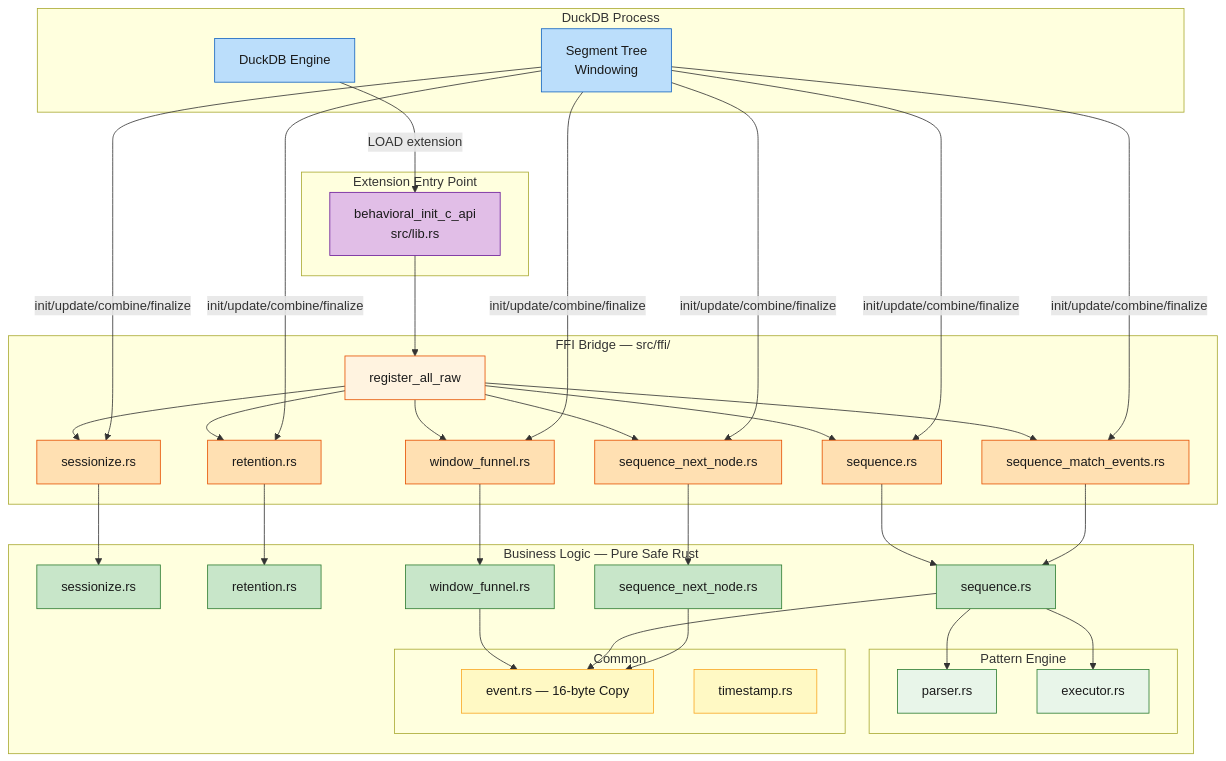
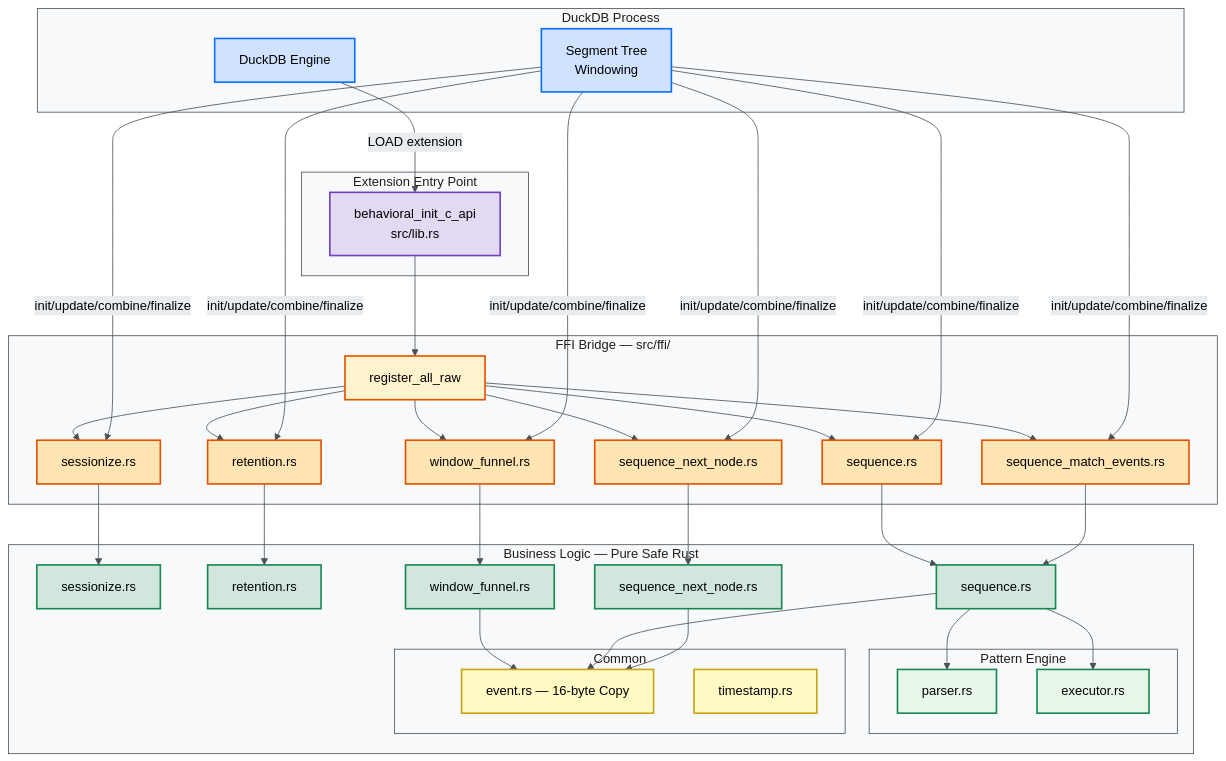
The first of 4 diagrams in docs/src/engineering.md (tomtom215/duckdb-behavioral), drawn with Mermaid before and after one commit. The commit also changed other lines of this file and 10 other files, not shown here.

````diff
--- a/docs/src/engineering.md
+++ b/docs/src/engineering.md
@@ -39,72 +39,73 @@
 ```mermaid
+%%{init: {'theme': 'base', 'themeVariables': {'primaryColor': '#f8f9fa', 'primaryTextColor': '#000000', 'primaryBorderColor': '#495057', 'lineColor': '#495057', 'secondaryColor': '#e9ecef', 'tertiaryColor': '#dee2e6', 'textColor': '#000000', 'mainBkg': '#f8f9fa', 'clusterBkg': '#f8f9fa', 'clusterBorder': '#495057'}}}%%
 graph TB
     subgraph "DuckDB Process"
         DDB[DuckDB Engine]
         SEG[Segment Tree<br/>Windowing]
     end
 
     subgraph "Extension Entry Point"
         EP[behavioral_init_c_api<br/>src/lib.rs]
     end
 
     subgraph "FFI Bridge — src/ffi/"
         REG[register_all_raw]
         FS[sessionize.rs]
         FR[retention.rs]
         FW[window_funnel.rs]
         FQ[sequence.rs]
         FE[sequence_match_events.rs]
         FN[sequence_next_node.rs]
     end
 
     subgraph "Business Logic — Pure Safe Rust"
         SS[sessionize.rs]
         SR[retention.rs]
         SW[window_funnel.rs]
         SQ[sequence.rs]
         SN[sequence_next_node.rs]
         subgraph "Pattern Engine"
             PP[parser.rs]
             PE[executor.rs]
         end
         subgraph "Common"
             EV[event.rs — 16-byte Copy]
             TS[timestamp.rs]
         end
     end
 
     DDB -->|LOAD extension| EP
     EP --> REG
     REG --> FS & FR & FW & FQ & FE & FN
     SEG -->|init/update/combine/finalize| FS & FR & FW & FQ & FE & FN
     FS --> SS
     FR --> SR
     FW --> SW
     FQ --> SQ
     FE --> SQ
     FN --> SN
     SQ --> PP & PE
     SW --> EV
     SQ --> EV
     SN --> EV
 
-    style EP fill:#e1bee7,stroke:#6a1b9a,color:#1a1a1a
-    style DDB fill:#bbdefb,stroke:#1565c0,color:#1a1a1a
-    style SEG fill:#bbdefb,stroke:#1565c0,color:#1a1a1a
-    style REG fill:#fff3e0,stroke:#e65100,color:#1a1a1a
-    style FS fill:#ffe0b2,stroke:#e65100,color:#1a1a1a
-    style FR fill:#ffe0b2,stroke:#e65100,color:#1a1a1a
-    style FW fill:#ffe0b2,stroke:#e65100,color:#1a1a1a
-    style FQ fill:#ffe0b2,stroke:#e65100,color:#1a1a1a
-    style FE fill:#ffe0b2,stroke:#e65100,color:#1a1a1a
-    style FN fill:#ffe0b2,stroke:#e65100,color:#1a1a1a
-    style SS fill:#c8e6c9,stroke:#2e7d32,color:#1a1a1a
-    style SR fill:#c8e6c9,stroke:#2e7d32,color:#1a1a1a
-    style SW fill:#c8e6c9,stroke:#2e7d32,color:#1a1a1a
-    style SQ fill:#c8e6c9,stroke:#2e7d32,color:#1a1a1a
-    style SN fill:#c8e6c9,stroke:#2e7d32,color:#1a1a1a
-    style PP fill:#e8f5e9,stroke:#2e7d32,color:#1a1a1a
-    style PE fill:#e8f5e9,stroke:#2e7d32,color:#1a1a1a
-    style EV fill:#fff9c4,stroke:#f9a825,color:#1a1a1a
-    style TS fill:#fff9c4,stroke:#f9a825,color:#1a1a1a
+    style EP fill:#e2d9f3,stroke:#6f42c1,stroke-width:2px,color:#000000
+    style DDB fill:#cfe2ff,stroke:#0d6efd,stroke-width:2px,color:#000000
+    style SEG fill:#cfe2ff,stroke:#0d6efd,stroke-width:2px,color:#000000
+    style REG fill:#fff3cd,stroke:#e65100,stroke-width:2px,color:#000000
+    style FS fill:#ffe5b4,stroke:#e65100,stroke-width:2px,color:#000000
+    style FR fill:#ffe5b4,stroke:#e65100,stroke-width:2px,color:#000000
+    style FW fill:#ffe5b4,stroke:#e65100,stroke-width:2px,color:#000000
+    style FQ fill:#ffe5b4,stroke:#e65100,stroke-width:2px,color:#000000
+    style FE fill:#ffe5b4,stroke:#e65100,stroke-width:2px,color:#000000
+    style FN fill:#ffe5b4,stroke:#e65100,stroke-width:2px,color:#000000
+    style SS fill:#d1e7dd,stroke:#198754,stroke-width:2px,color:#000000
+    style SR fill:#d1e7dd,stroke:#198754,stroke-width:2px,color:#000000
+    style SW fill:#d1e7dd,stroke:#198754,stroke-width:2px,color:#000000
+    style SQ fill:#d1e7dd,stroke:#198754,stroke-width:2px,color:#000000
+    style SN fill:#d1e7dd,stroke:#198754,stroke-width:2px,color:#000000
+    style PP fill:#e8f5e9,stroke:#198754,stroke-width:2px,color:#000000
+    style PE fill:#e8f5e9,stroke:#198754,stroke-width:2px,color:#000000
+    style EV fill:#fff9c4,stroke:#c8a415,stroke-width:2px,color:#000000
+    style TS fill:#fff9c4,stroke:#c8a415,stroke-width:2px,color:#000000
 ```
````
